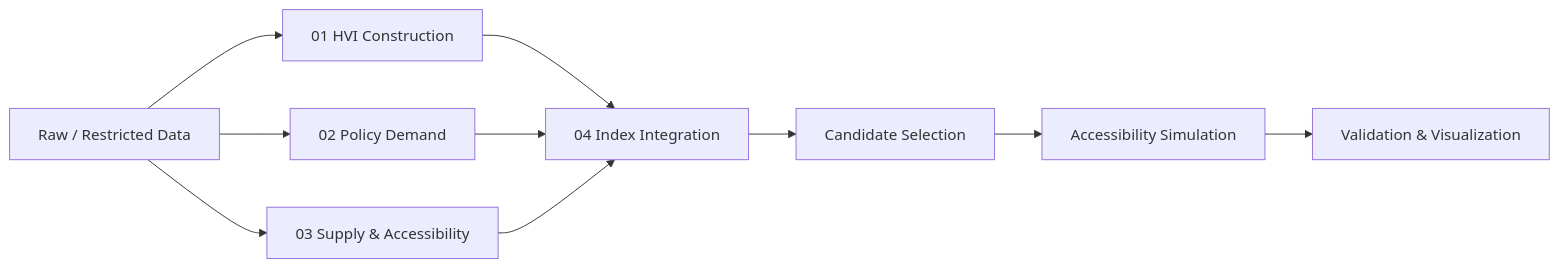
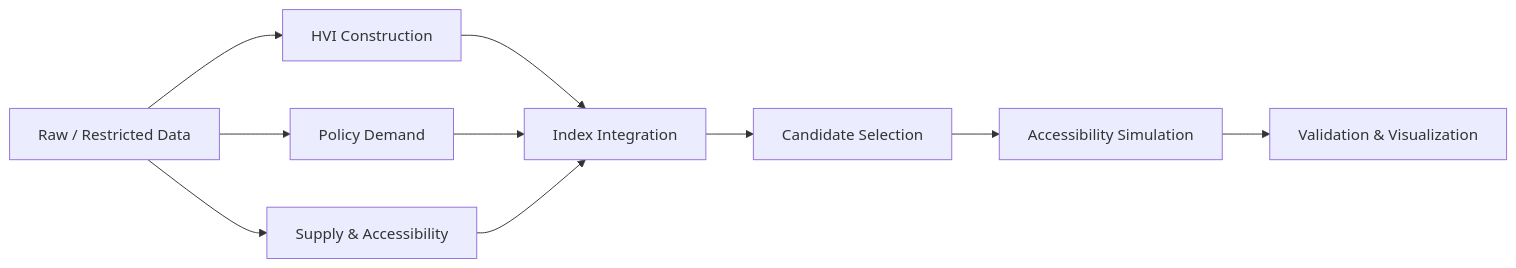
The diagram in README.md (hyooos/Moa-Center-Location-Analysis), drawn with Mermaid before and after one commit. The commit also changed other lines of this file, not shown here.

````diff
--- a/README.md
+++ b/README.md
@@ -30,12 +125,12 @@
 ```mermaid
 flowchart LR
-    A["Raw / Restricted Data"] --> B["01 HVI Construction"]
-    A --> C["02 Policy Demand"]
-    A --> D["03 Supply & Accessibility"]
-    B --> E["04 Index Integration"]
+    A["Raw / Restricted Data"] --> B["HVI Construction"]
+    A --> C["Policy Demand"]
+    A --> D["Supply & Accessibility"]
+    B --> E["Index Integration"]
     C --> E
     D --> E
     E --> F["Candidate Selection"]
     F --> G["Accessibility Simulation"]
     G --> H["Validation & Visualization"]
 ```
````
